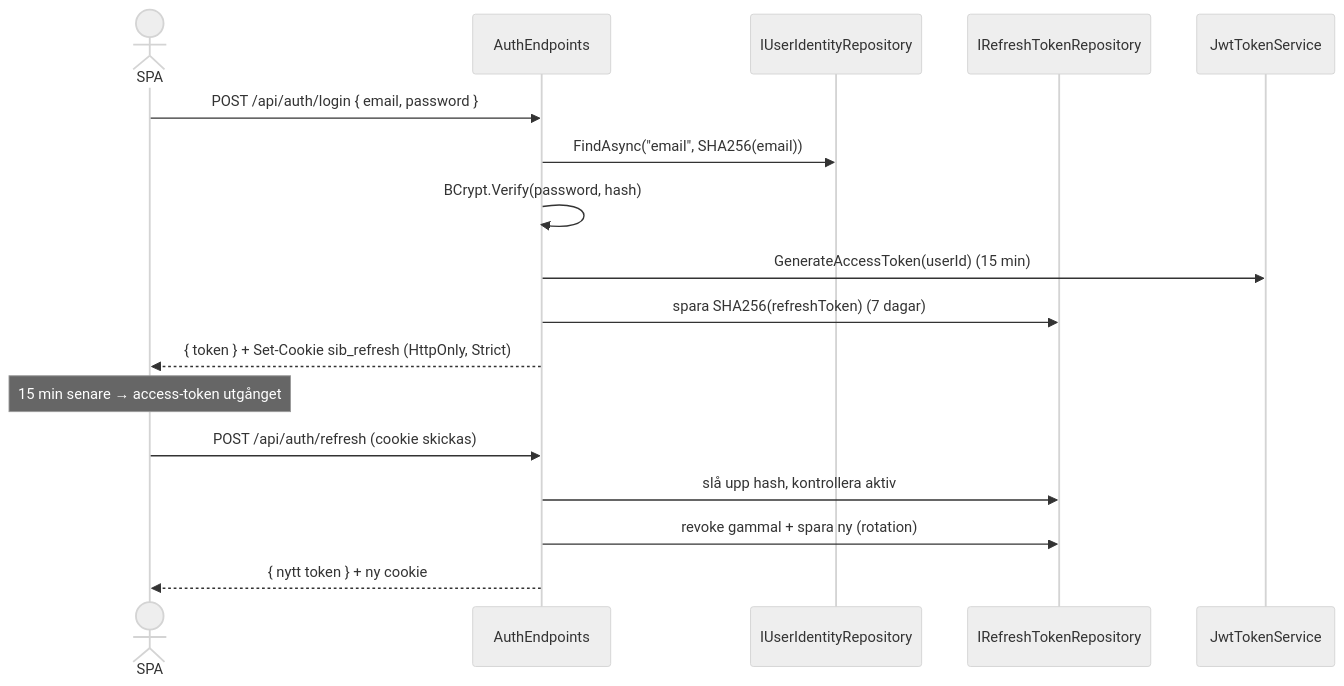
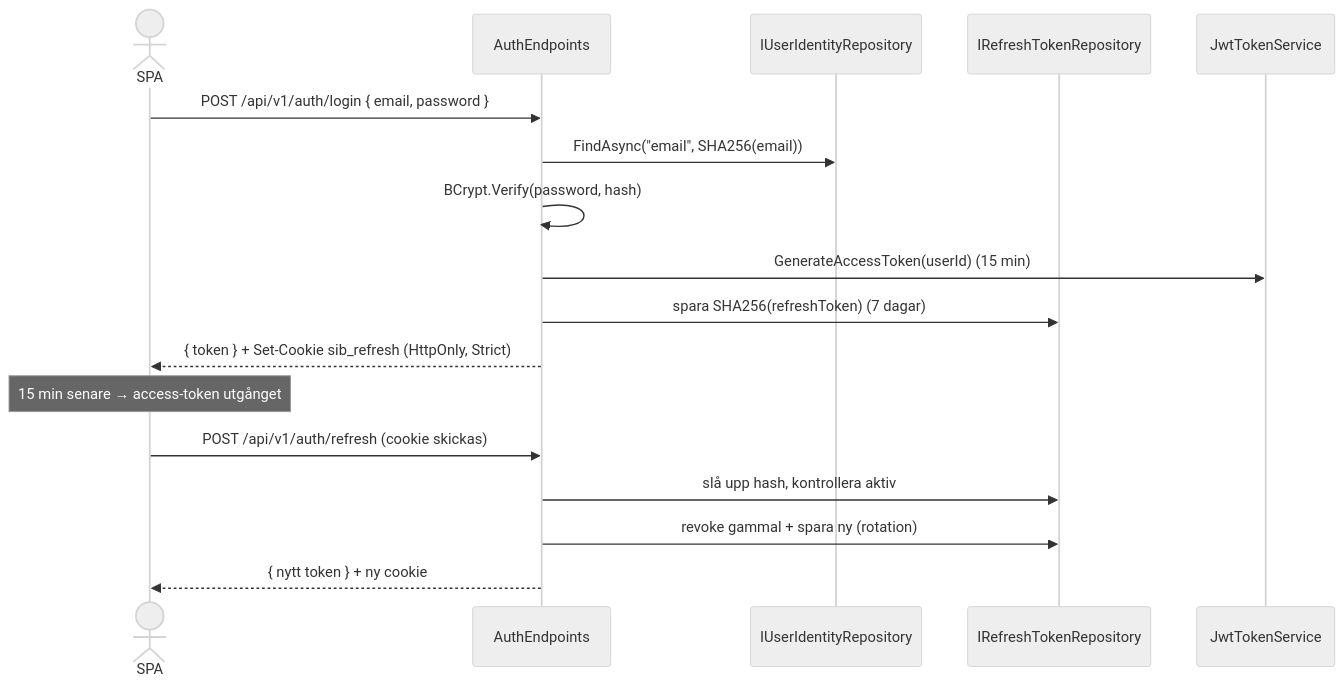
Before and after one commit to antfolkarn/Stuff_In_A_Box: the third of 5 diagrams in docs/ARCHITECTURE.md, drawn with Mermaid (neutral theme). The commit also changed other lines of this file and 23 other files, not shown here.

First line of the commit message:
Förbered backend för flera klienter: API-versionering, felkoder, mobil-auth

````diff
--- a/docs/ARCHITECTURE.md
+++ b/docs/ARCHITECTURE.md
@@ -111,21 +111,21 @@
 ```mermaid
 sequenceDiagram
     actor U as SPA
     participant A as AuthEndpoints
     participant UR as IUserIdentityRepository
     participant TR as IRefreshTokenRepository
     participant J as JwtTokenService
 
-    U->>A: POST /api/auth/login { email, password }
+    U->>A: POST /api/v1/auth/login { email, password }
     A->>UR: FindAsync("email", SHA256(email))
     A->>A: BCrypt.Verify(password, hash)
     A->>J: GenerateAccessToken(userId)  (15 min)
     A->>TR: spara SHA256(refreshToken)  (7 dagar)
     A-->>U: { token } + Set-Cookie sib_refresh (HttpOnly, Strict)
 
     Note over U: 15 min senare → access-token utgånget
-    U->>A: POST /api/auth/refresh  (cookie skickas)
+    U->>A: POST /api/v1/auth/refresh  (cookie skickas)
     A->>TR: slå upp hash, kontrollera aktiv
     A->>TR: revoke gammal + spara ny (rotation)
     A-->>U: { nytt token } + ny cookie
 ```
````
